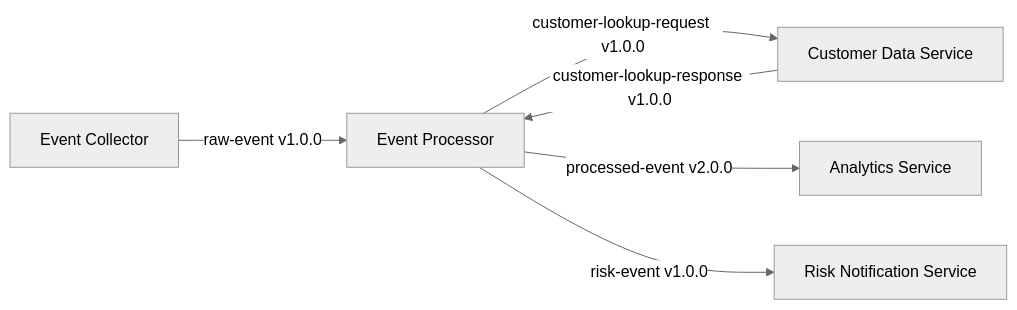
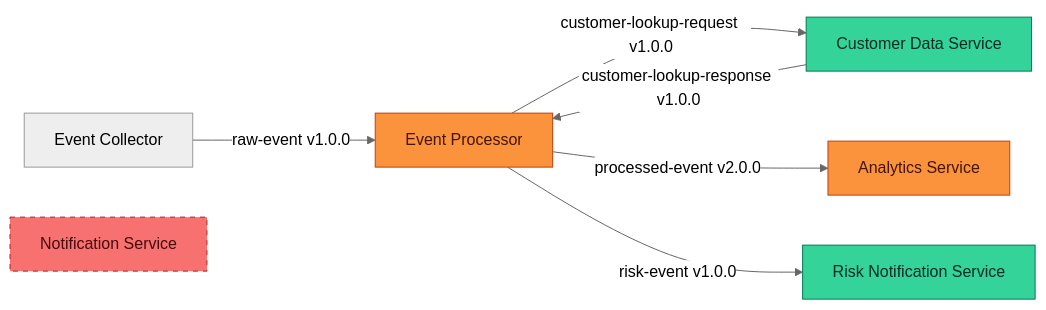
Before and after one commit to gvlpedro/technical_meeting_rag: the second of 2 diagrams in doc/adr_example.md, drawn with Mermaid (neutral theme). The commit also changed other lines of this file and 34 other files, not shown here.

````diff
--- a/doc/adr_example.md
+++ b/doc/adr_example.md
@@ -53,16 +53,25 @@
 ```mermaid
 flowchart LR
+    classDef nodeNew fill:#34d399,stroke:#047857,color:#022c22
+    classDef nodeModified fill:#fb923c,stroke:#c2410c,color:#431407
+    classDef nodeRemoved fill:#f87171,stroke:#b91c1c,color:#450a0a,stroke-dasharray: 5 5
+
     EC[Event Collector]
     EP[Event Processor]
     AS[Analytics Service]
     CDS[Customer Data Service]
     RNS[Risk Notification Service]
+    NS[Notification Service]
 
     EC -->|raw-event v1.0.0| EP
 
     EP -->|customer-lookup-request v1.0.0| CDS
     CDS -->|customer-lookup-response v1.0.0| EP
 
     EP -->|processed-event v2.0.0| AS
     EP -->|risk-event v1.0.0| RNS
+
+    class CDS,RNS nodeNew
+    class EP,AS nodeModified
+    class NS nodeRemoved
 ```
````
